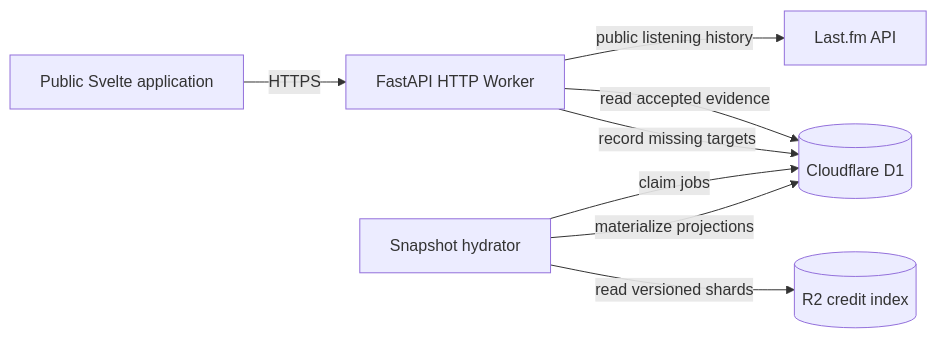
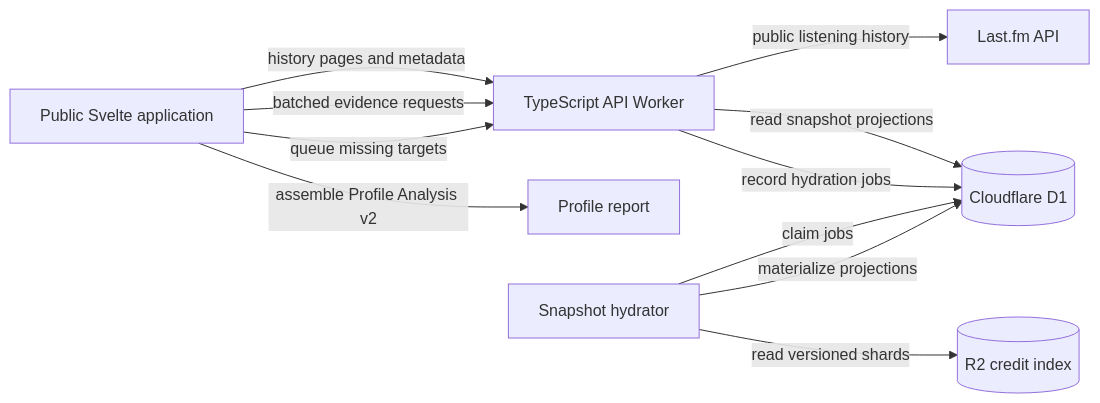
One commit to rosa-gus/timbre-palette changed the diagram in README.md. Above: the diagram before and after it, drawn with Mermaid. The commit also changed other lines of this file and 52 other files, not shown here.

Commit message:
feat(0.3.3): API v3 and browser profile assembly (#9)

````diff
--- a/README.md
+++ b/README.md
@@ -53,10 +56,13 @@
 ```mermaid
 flowchart LR
-    Browser[Public Svelte application] -->|HTTPS| API[FastAPI HTTP Worker]
+    Browser[Public Svelte application] -->|history pages and metadata| API[TypeScript API Worker]
     API -->|public listening history| LastFM[Last.fm API]
-    API -->|read accepted evidence| D1[(Cloudflare D1)]
-    API -->|record missing targets| D1
+    Browser -->|batched evidence requests| API
+    API -->|read snapshot projections| D1[(Cloudflare D1)]
+    Browser -->|queue missing targets| API
+    API -->|record hydration jobs| D1
+    Browser -->|assemble Profile Analysis v2| Report[Profile report]
     Hydrator[Snapshot hydrator] -->|claim jobs| D1
     Hydrator -->|read versioned shards| R2[(R2 credit index)]
     Hydrator -->|materialize projections| D1
 ```
````
